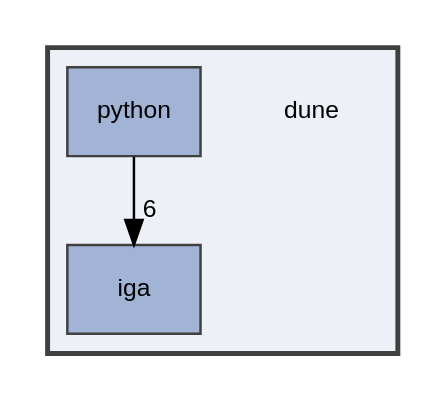
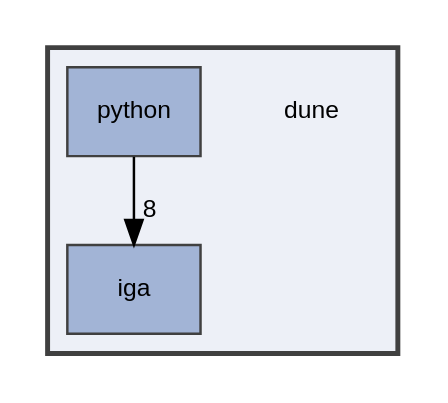
Before and after one commit to rath3t/dune-iga-doc: the diagram in dir_5e69be5995c9f5d42bf491ae6f29600e_dep.dot, drawn with Graphviz. The commit also changed 19 other files, not shown here.

```diff
--- a/dir_5e69be5995c9f5d42bf491ae6f29600e_dep.dot
+++ b/dir_5e69be5995c9f5d42bf491ae6f29600e_dep.dot
@@ -1,14 +1,14 @@
 digraph "dune"
 {
  // LATEX_PDF_SIZE
   edge [fontname="Helvetica",fontsize="10",labelfontname="Helvetica",labelfontsize="10"];
   node [fontname="Helvetica",fontsize="10",shape=record];
   compound=true
   subgraph clusterdir_5e69be5995c9f5d42bf491ae6f29600e {
     graph [ bgcolor="#edf0f7", pencolor="grey25", style="filled,bold,", label="", fontname="Helvetica", fontsize="10", URL="dir_5e69be5995c9f5d42bf491ae6f29600e.html"]
     dir_5e69be5995c9f5d42bf491ae6f29600e [shape=plaintext, label="dune"];
   dir_d2a3c23294a1b1015b1b8e8721ddded8 [shape=box, label="iga", style="filled,", fillcolor="#a2b4d6", color="grey25", URL="dir_d2a3c23294a1b1015b1b8e8721ddded8.html"];
   dir_e42d0074801678c644b0e137d50ef233 [shape=box, label="python", style="filled,", fillcolor="#a2b4d6", color="grey25", URL="dir_e42d0074801678c644b0e137d50ef233.html"];
   }
-  dir_e42d0074801678c644b0e137d50ef233->dir_d2a3c23294a1b1015b1b8e8721ddded8 [headlabel="6", labeldistance=1.5 headhref="dir_000014_000009.html"];
+  dir_e42d0074801678c644b0e137d50ef233->dir_d2a3c23294a1b1015b1b8e8721ddded8 [headlabel="8", labeldistance=1.5 headhref="dir_000014_000009.html"];
 }
```
